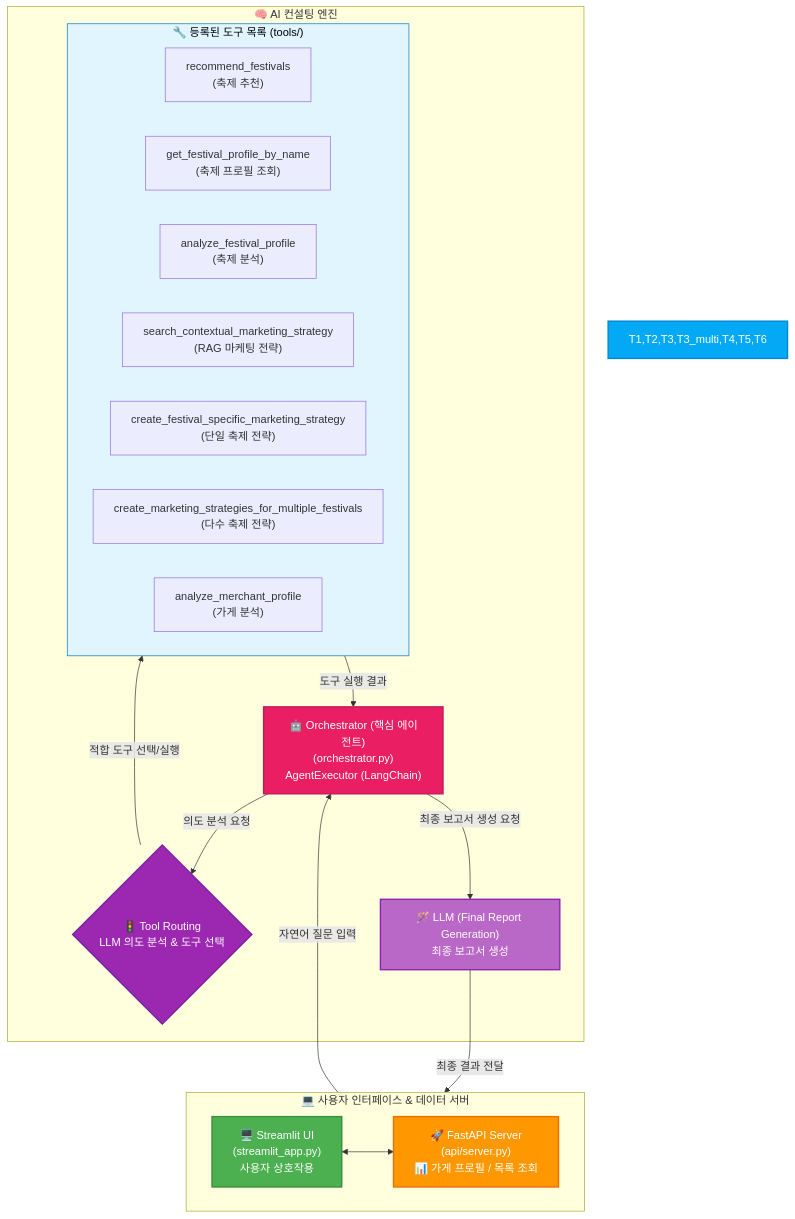
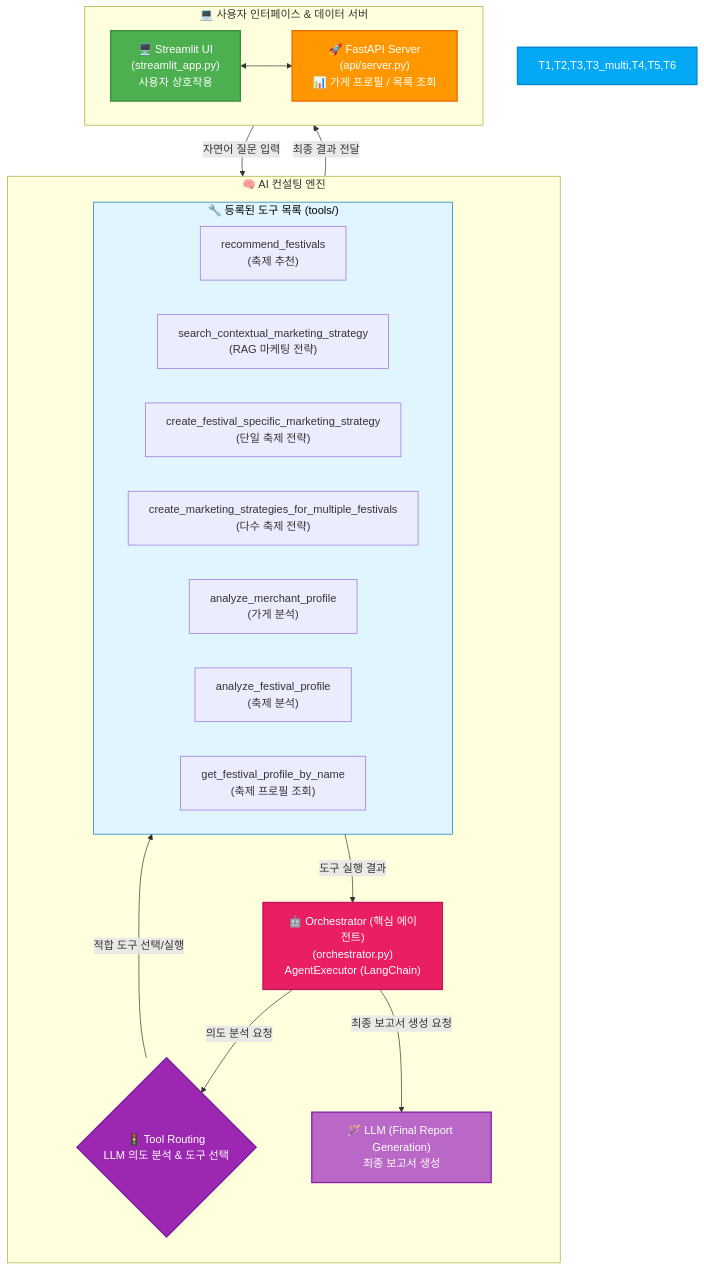
Before and after one commit to Synapse-Bigcontest/2025_bigcontest: the first of 4 diagrams in README.md, drawn with Mermaid.

````diff
--- a/README.md
+++ b/README.md
@@ -84,52 +84,52 @@
 ```mermaid
 graph TD
     %% ========================
-    %% 사용자 인터페이스 & 데이터 서버
+    %% AI 컨설팅 엔진 (최상단)
+    %% ========================
+    subgraph SG_Engine ["🧠 AI 컨설팅 엔진"]
+        direction TB
+        C["🤖 Orchestrator (핵심 에이전트)\n(orchestrator.py)\nAgentExecutor (LangChain)"]
+        D{"🚦 Tool Routing\nLLM 의도 분석 & 도구 선택"}
+
+        subgraph SG_Tools ["🔧 등록된 도구 목록 (tools/)"]
+            T1["recommend_festivals\n(축제 추천)"]
+            T2["search_contextual_marketing_strategy\n(RAG 마케팅 전략)"]
+            T3["create_festival_specific_marketing_strategy\n(단일 축제 전략)"]
+            T3_multi["create_marketing_strategies_for_multiple_festivals\n(다수 축제 전략)"]
+            T4["analyze_merchant_profile\n(가게 분석)"]
+            T5["analyze_festival_profile\n(축제 분석)"]
+            T6["get_festival_profile_by_name\n(축제 프로필 조회)"]
+        end
+
+        LLM_Final["🪄 LLM (Final Report Generation)\n최종 보고서 생성"]
+    end
+
+    %% ========================
+    %% 사용자 인터페이스 & 데이터 서버 (하단)
     %% ========================
     subgraph SG_UserServer ["💻 사용자 인터페이스 & 데이터 서버"]
         direction LR
         A["🖥️ Streamlit UI\n(streamlit_app.py)\n사용자 상호작용"] <--> B["🚀 FastAPI Server\n(api/server.py)\n📊 가게 프로필 / 목록 조회"]
     end
 
     %% ========================
-    %% AI 컨설팅 엔진
-    %% ========================
-    subgraph SG_Engine ["🧠 AI 컨설팅 엔진"]
-        C["🤖 Orchestrator (핵심 에이전트)\n(orchestrator.py)\nAgentExecutor (LangChain)"]
-        D{"🚦 Tool Routing\nLLM 의도 분석 & 도구 선택"}
-
-        subgraph SG_Tools ["🔧 등록된 도구 목록 (tools/)"]
-            %% 'direction TD' 라인 제거 (graph TD와 중복되어 불필요)
-            T1["recommend_festivals\n(축제 추천)"]
-            T6["get_festival_profile_by_name\n(축제 프로필 조회)"]
-            T5["analyze_festival_profile\n(축제 분석)"]
-            T2["search_contextual_marketing_strategy\n(RAG 마케팅 전략)"]
-            T3["create_festival_specific_marketing_strategy\n(단일 축제 전략)"]
-            T3_multi["create_marketing_strategies_for_multiple_festivals\n(다수 축제 전략)"]
-            T4["analyze_merchant_profile\n(가게 분석)"]
-        end
-
-        LLM_Final["🪄 LLM (Final Report Generation)\n최종 보고서 생성"]
-    end
-
-    %% ========================
     %% 연결 관계 (수정)
     %% ========================
     A -- "자연어 질문 입력" --> C
     C -- "의도 분석 요청" --> D
-    D -- "적합 도구 선택/실행" --> SG_Tools 
-    SG_Tools -- "도구 실행 결과" --> C    
+    D -- "적합 도구 선택/실행" --> SG_Tools
+    SG_Tools -- "도구 실행 결과" --> C
     C -- "최종 보고서 생성 요청" --> LLM_Final
     LLM_Final -- "최종 결과 전달" --> A
 
     %% ========================
     %% 스타일 지정 (GitHub 호환)
     %% ========================
     style A fill:#4CAF50,color:#fff,stroke:#388E3C,stroke-width:2px
     style B fill:#FF9800,color:#fff,stroke:#EF6C00,stroke-width:2px
     style C fill:#E91E63,color:#fff,stroke:#C2185B,stroke-width:2px
     style D fill:#9C27B0,color:#fff,stroke:#7B1FA2,stroke-width:2px,shape:diamond
     style SG_Tools fill:#E1F5FE, stroke:#0277BD,color:#000
     style T1,T2,T3,T3_multi,T4,T5,T6 fill:#03A9F4,color:#fff,stroke:#0288D1,stroke-width:2px,shape:hexagon
     style LLM_Final fill:#BA68C8,color:#fff,stroke:#8E24AA,stroke-width:2px
 ```
````
